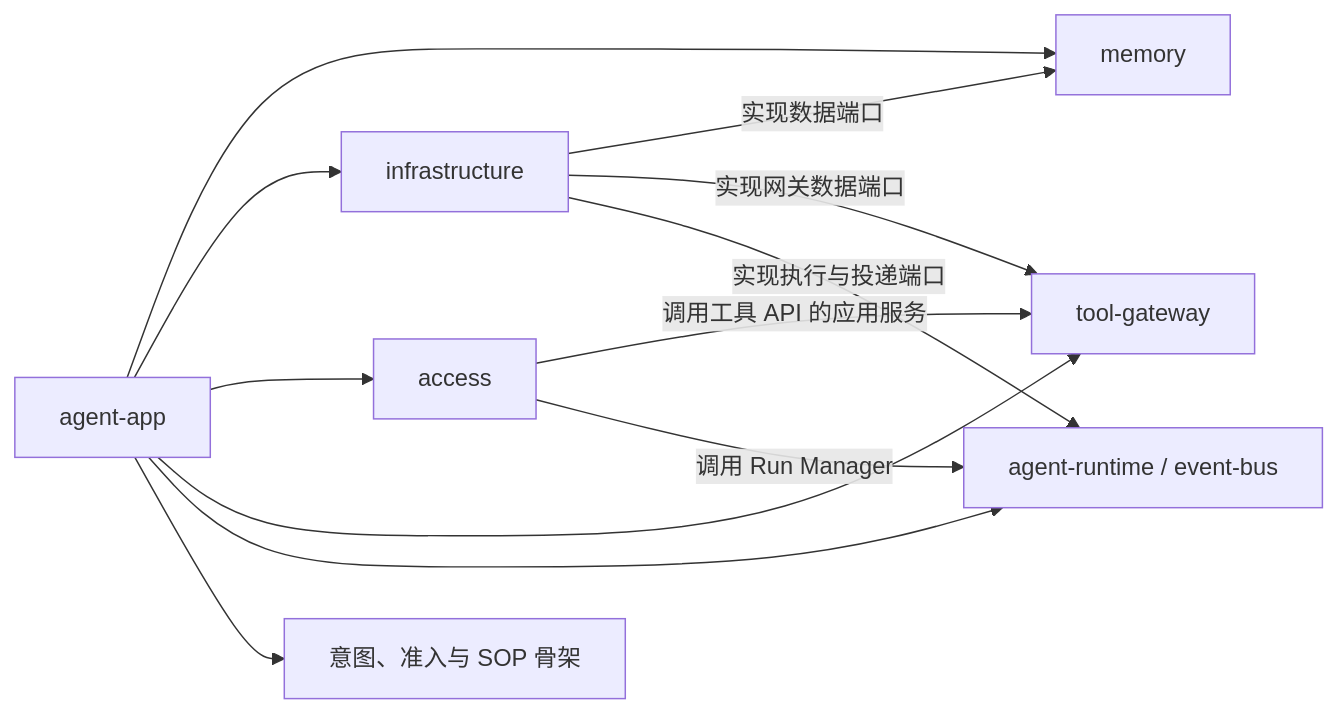
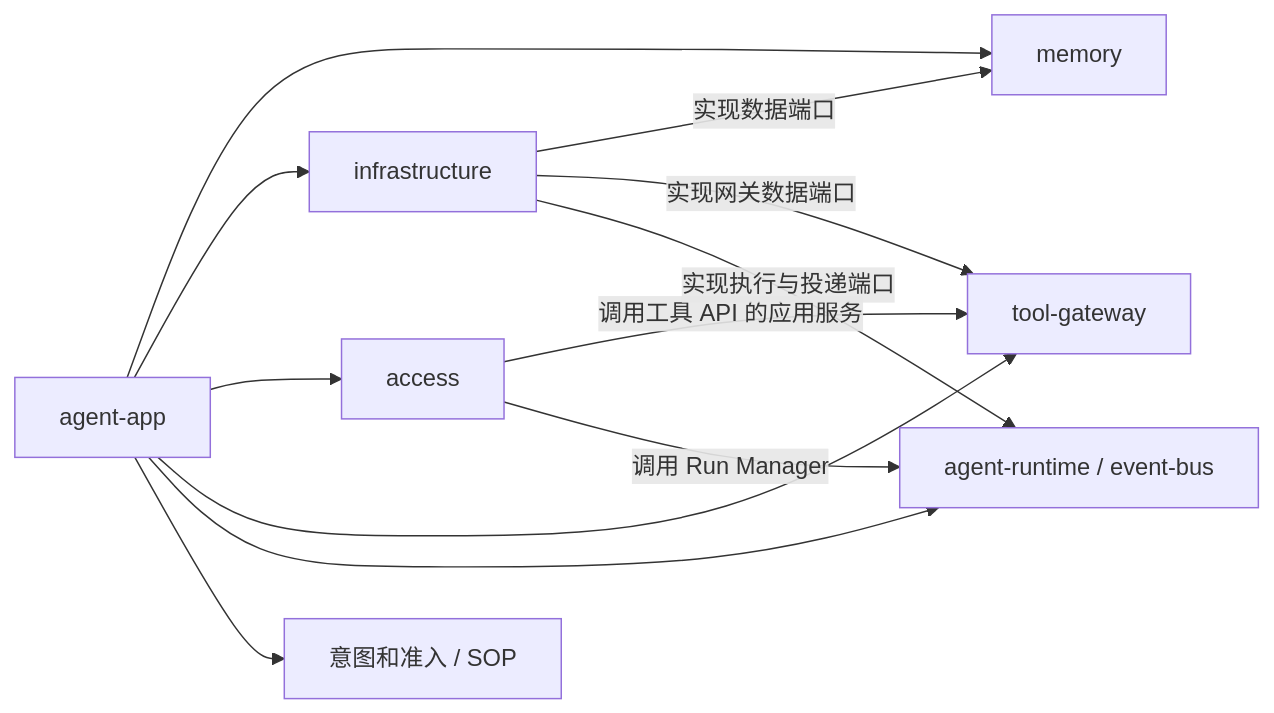
One commit to 1625753348/mySuperClaw changed the diagram in docs/implementation/README.md. Above: the diagram before and after it, drawn with Mermaid. The commit also changed other lines of this file and 35 other files, not shown here.

````diff
--- a/docs/implementation/README.md
+++ b/docs/implementation/README.md
@@ -26,14 +26,14 @@
 ```mermaid
 flowchart LR
     A["agent-app"] --> M["memory"]
     A --> I["infrastructure"]
     A --> W["access"]
     A --> G["tool-gateway"]
     A --> R["agent-runtime / event-bus"]
-    A --> B["意图、准入与 SOP 骨架"]
+    A --> B["意图和准入 / SOP"]
     I -->|"实现数据端口"| M
     I -->|"实现网关数据端口"| G
     W -->|"调用工具 API 的应用服务"| G
     W -->|"调用 Run Manager"| R
     I -->|"实现执行与投递端口"| R
 ```
````
